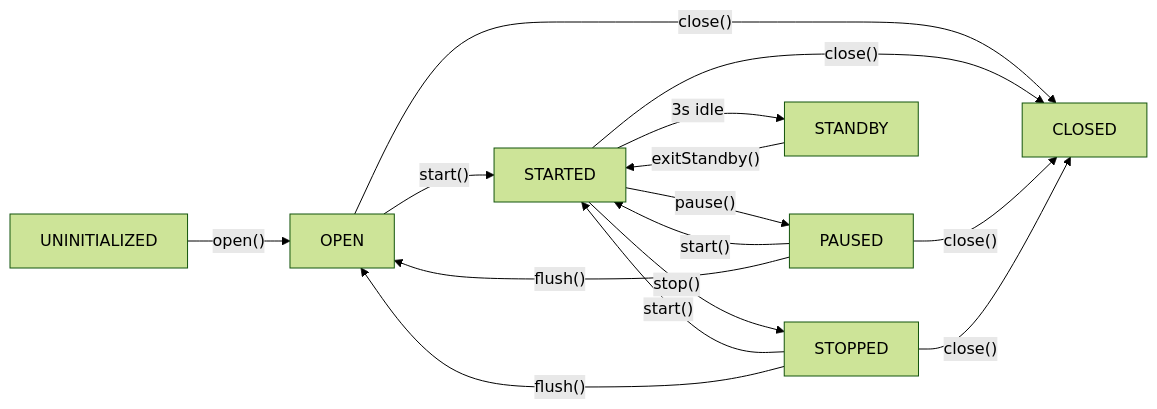
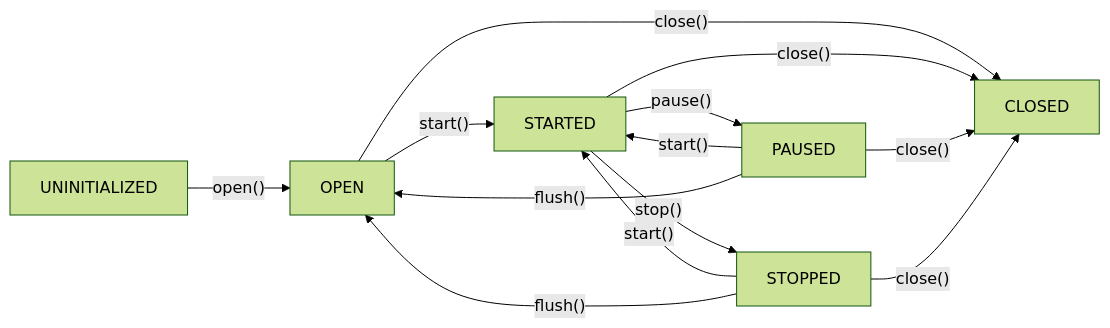
One commit to yanglinzhen1022/SA8295_AAOS_QNX_Audio_KnowledgeBase changed the fifth of 10 diagrams in 02_Application_Layer/02_2.5_AAudio.md. Above: the diagram before and after it, drawn with Mermaid (forest theme). The commit also changed other lines of this file and 14 other files, not shown here.

````diff
--- a/02_Application_Layer/02_2.5_AAudio.md
+++ b/02_Application_Layer/02_2.5_AAudio.md
@@ -219,17 +219,15 @@
 ```mermaid
 graph LR
     UNINITIALIZED["UNINITIALIZED"] --> |"open()"| OPEN["OPEN"]
     OPEN --> |"start()"| STARTED["STARTED"]
     STARTED --> |"pause()"| PAUSED["PAUSED"]
     STARTED --> |"stop()"| STOPPED["STOPPED"]
     PAUSED --> |"start()"| STARTED
     STOPPED --> |"start()"| STARTED
     PAUSED --> |"flush()"| OPEN
     STOPPED --> |"flush()"| OPEN
     OPEN --> |"close()"| CLOSED["CLOSED"]
     STARTED --> |"close()"| CLOSED
     PAUSED --> |"close()"| CLOSED
     STOPPED --> |"close()"| CLOSED
-    STARTED --> |"3s idle"| STANDBY["STANDBY"]
-    STANDBY --> |"exitStandby()"| STARTED
 ```
````
